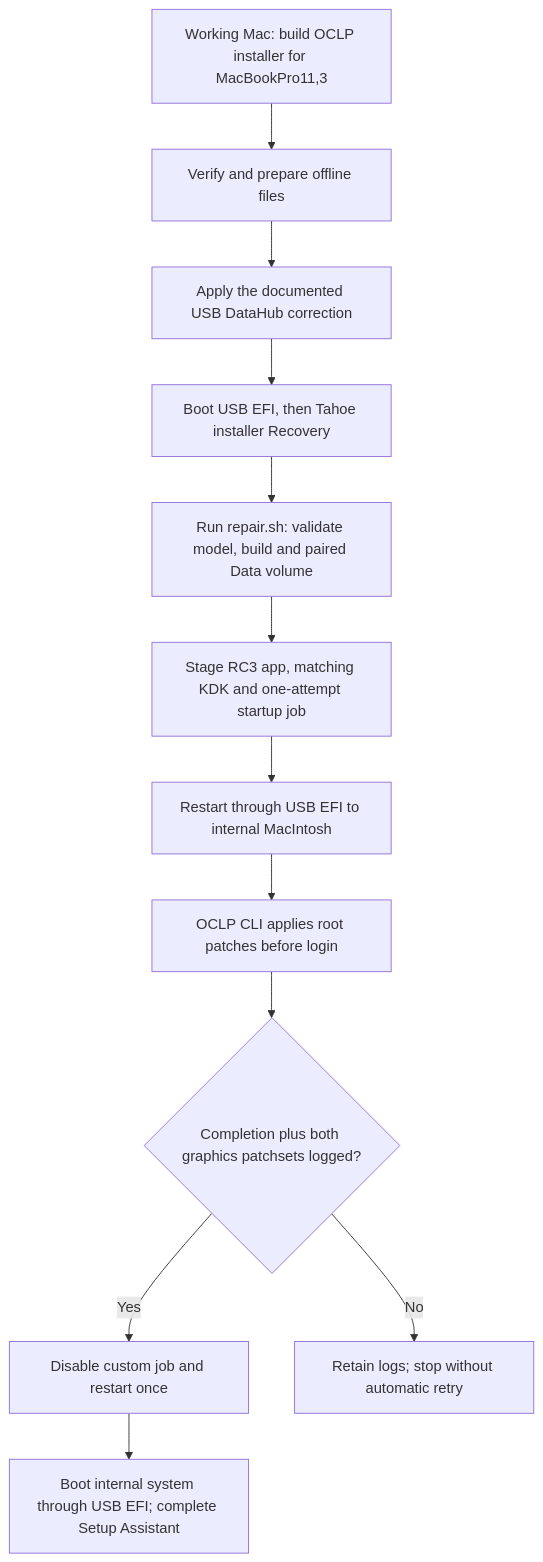
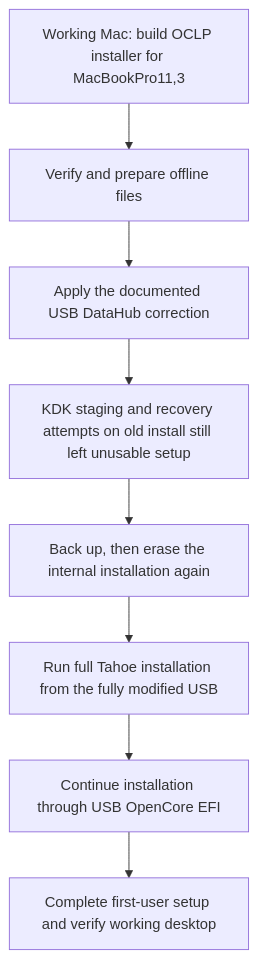
One commit to MrCee/oclp-tahoe-mbp113-usb-preparation changed the diagram in README.md. Above: the diagram before and after it, drawn with Mermaid. The commit also changed other lines of this file and 2 other files, not shown here.

Commit message:
Document final erase and reinstall required for reported recovery

````diff
--- a/README.md
+++ b/README.md
@@ -48,14 +52,10 @@
 ```mermaid
 flowchart TD
     A[Working Mac: build OCLP installer for MacBookPro11,3] --> B[Verify and prepare offline files]
     B --> C[Apply the documented USB DataHub correction]
-    C --> D[Boot USB EFI, then Tahoe installer Recovery]
-    D --> E[Run repair.sh: validate model, build and paired Data volume]
-    E --> F[Stage RC3 app, matching KDK and one-attempt startup job]
-    F --> G[Restart through USB EFI to internal MacIntosh]
-    G --> H[OCLP CLI applies root patches before login]
-    H --> I{Completion plus both graphics patchsets logged?}
-    I -->|Yes| J[Disable custom job and restart once]
-    I -->|No| K[Retain logs; stop without automatic retry]
-    J --> L[Boot internal system through USB EFI; complete Setup Assistant]
+    C --> D[KDK staging and recovery attempts on old install still left unusable setup]
+    D --> E[Back up, then erase the internal installation again]
+    E --> F[Run full Tahoe installation from the fully modified USB]
+    F --> G[Continue installation through USB OpenCore EFI]
+    G --> H[Complete first-user setup and verify working desktop]
 ```
````
